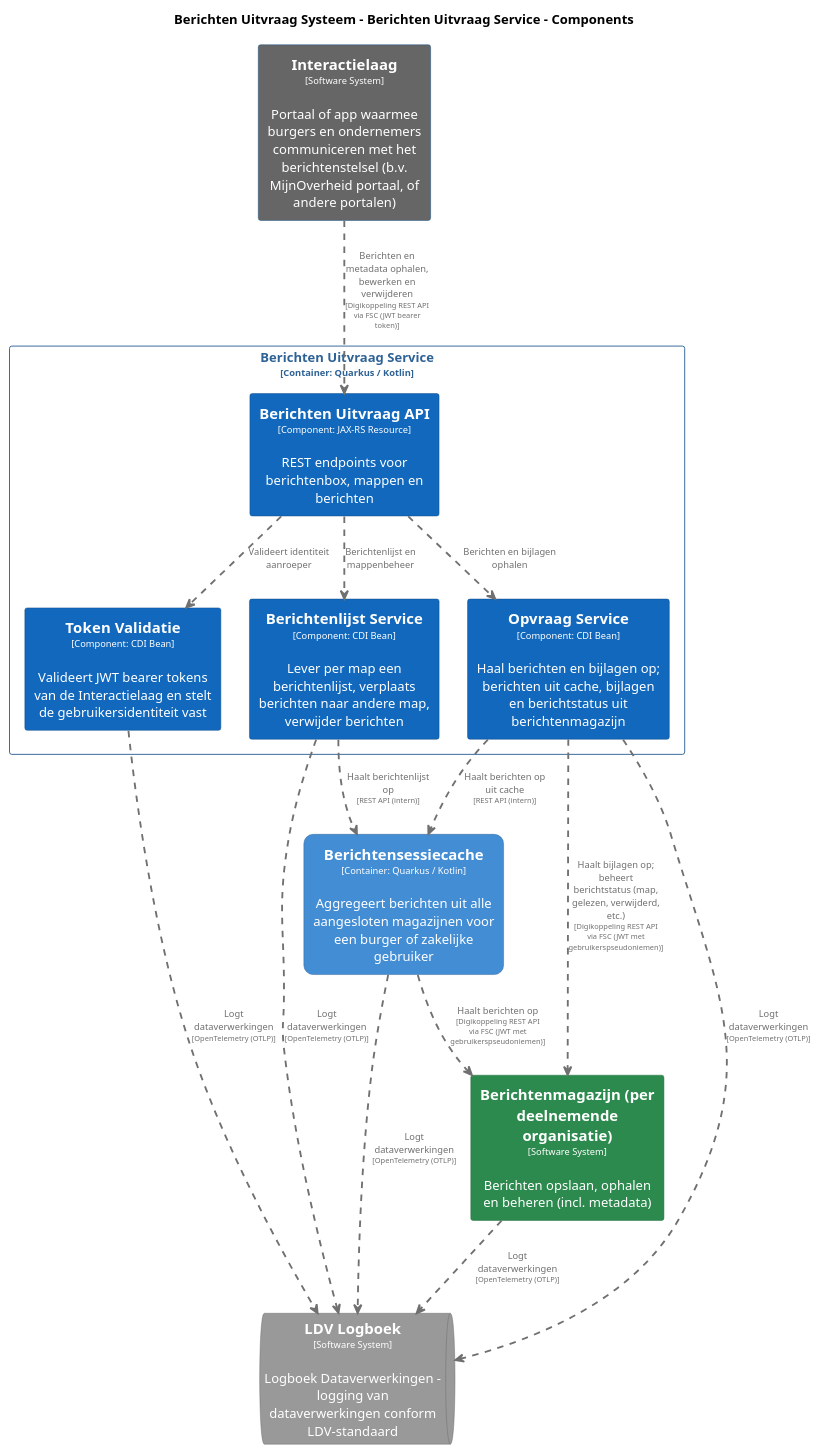
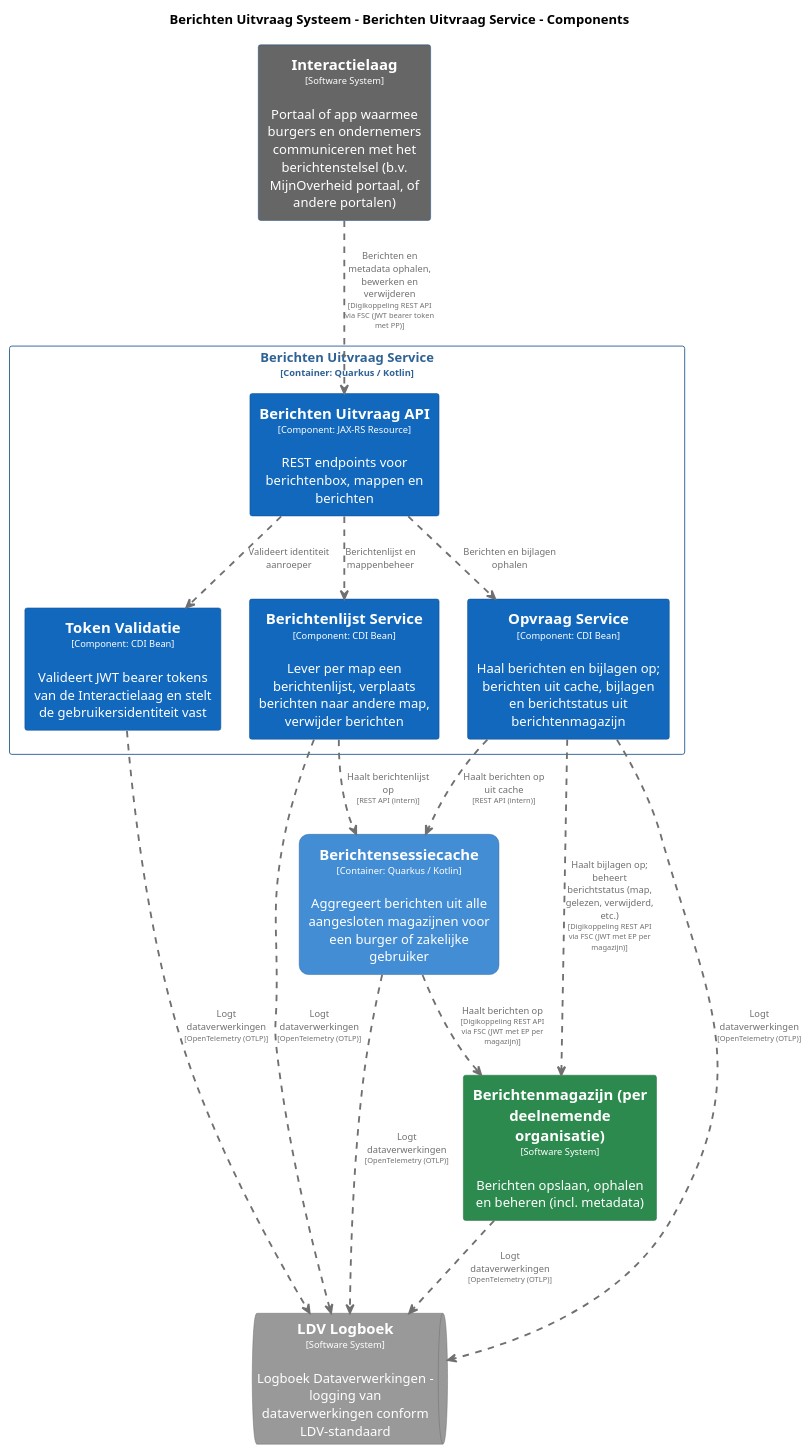
The diagram in pr-preview/pr-22/master/puml/BerichtenUitvraagServiceComponenten.puml (MinBZK/moza-poc-fbs-berichtenbox), drawn with PlantUML before and after one commit. The commit also changed 34 other files, not shown here.

```diff
--- a/pr-preview/pr-22/master/puml/BerichtenUitvraagServiceComponenten.puml
+++ b/pr-preview/pr-22/master/puml/BerichtenUitvraagServiceComponenten.puml
@@ -1,98 +1,98 @@
 @startuml
 set separator none
 title Berichten Uitvraag Systeem - Berichten Uitvraag Service - Components
 
 top to bottom direction
 skinparam ranksep 60
 skinparam nodesep 30
 
 skinparam {
   arrowFontSize 10
   defaultTextAlignment center
   wrapWidth 200
   maxMessageSize 100
 }
 
 hide stereotype
 
 skinparam rectangle<<BerichtenUitvraagSysteem.BerichtenUitvraagService.BerichtenUitvraagAPI>> {
   BackgroundColor #1168bd
   FontColor #ffffff
   BorderColor #0b4884
   shadowing false
 }
 skinparam rectangle<<BerichtenUitvraagSysteem.BerichtenUitvraagService.BerichtenlijstService>> {
   BackgroundColor #1168bd
   FontColor #ffffff
   BorderColor #0b4884
   shadowing false
 }
 skinparam rectangle<<Berichtenmagazijnperdeelnemendeorganisatie>> {
   BackgroundColor #2d8a4e
   FontColor #ffffff
   BorderColor #1e6b38
   shadowing false
 }
 skinparam rectangle<<BerichtenUitvraagSysteem.Berichtensessiecache>> {
   BackgroundColor #438dd5
   FontColor #ffffff
   BorderColor #2e6295
   roundCorner 20
   shadowing false
 }
 skinparam rectangle<<Interactielaag>> {
   BackgroundColor #666666
   FontColor #ffffff
   BorderColor #0b4884
   shadowing false
 }
 skinparam queue<<LDVLogboek>> {
   BackgroundColor #999999
   FontColor #ffffff
   BorderColor #6b6b6b
   shadowing false
 }
 skinparam rectangle<<BerichtenUitvraagSysteem.BerichtenUitvraagService.OpvraagService>> {
   BackgroundColor #1168bd
   FontColor #ffffff
   BorderColor #0b4884
   shadowing false
 }
 skinparam rectangle<<BerichtenUitvraagSysteem.BerichtenUitvraagService.TokenValidatie>> {
   BackgroundColor #1168bd
   FontColor #ffffff
   BorderColor #0b4884
   shadowing false
 }
 skinparam rectangle<<BerichtenUitvraagSysteem.BerichtenUitvraagService>> {
   BorderColor #2e6295
   FontColor #2e6295
   shadowing false
 }
 
 rectangle "==Interactielaag\n<size:10>[Software System]</size>\n\nPortaal of app waarmee burgers en ondernemers communiceren met het berichtenstelsel (b.v. MijnOverheid portaal, of andere portalen)" <<Interactielaag>> as Interactielaag
 rectangle "==Berichtenmagazijn (per deelnemende organisatie)\n<size:10>[Software System]</size>\n\nBerichten opslaan, ophalen en beheren (incl. metadata)" <<Berichtenmagazijnperdeelnemendeorganisatie>> as Berichtenmagazijnperdeelnemendeorganisatie
 rectangle "==Berichtensessiecache\n<size:10>[Container: Quarkus / Kotlin]</size>\n\nAggregeert berichten uit alle aangesloten magazijnen voor een burger of zakelijke gebruiker" <<BerichtenUitvraagSysteem.Berichtensessiecache>> as BerichtenUitvraagSysteem.Berichtensessiecache
 queue "==LDV Logboek\n<size:10>[Software System]</size>\n\nLogboek Dataverwerkingen - logging van dataverwerkingen conform LDV-standaard" <<LDVLogboek>> as LDVLogboek
 
 rectangle "Berichten Uitvraag Service\n<size:10>[Container: Quarkus / Kotlin]</size>" <<BerichtenUitvraagSysteem.BerichtenUitvraagService>> {
   rectangle "==Berichten Uitvraag API\n<size:10>[Component: JAX-RS Resource]</size>\n\nREST endpoints voor berichtenbox, mappen en berichten" <<BerichtenUitvraagSysteem.BerichtenUitvraagService.BerichtenUitvraagAPI>> as BerichtenUitvraagSysteem.BerichtenUitvraagService.BerichtenUitvraagAPI
   rectangle "==Token Validatie\n<size:10>[Component: CDI Bean]</size>\n\nValideert JWT bearer tokens van de Interactielaag en stelt de gebruikersidentiteit vast" <<BerichtenUitvraagSysteem.BerichtenUitvraagService.TokenValidatie>> as BerichtenUitvraagSysteem.BerichtenUitvraagService.TokenValidatie
   rectangle "==Berichtenlijst Service\n<size:10>[Component: CDI Bean]</size>\n\nLever per map een berichtenlijst, verplaats berichten naar andere map, verwijder berichten" <<BerichtenUitvraagSysteem.BerichtenUitvraagService.BerichtenlijstService>> as BerichtenUitvraagSysteem.BerichtenUitvraagService.BerichtenlijstService
   rectangle "==Opvraag Service\n<size:10>[Component: CDI Bean]</size>\n\nHaal berichten en bijlagen op; berichten uit cache, bijlagen en berichtstatus uit berichtenmagazijn" <<BerichtenUitvraagSysteem.BerichtenUitvraagService.OpvraagService>> as BerichtenUitvraagSysteem.BerichtenUitvraagService.OpvraagService
 }
 
-BerichtenUitvraagSysteem.Berichtensessiecache .[#707070,thickness=2].> Berichtenmagazijnperdeelnemendeorganisatie : "<color:#707070>Haalt berichten op\n<color:#707070><size:8>[Digikoppeling REST API via FSC (JWT met gebruikerspseudoniemen)]</size>"
+BerichtenUitvraagSysteem.Berichtensessiecache .[#707070,thickness=2].> Berichtenmagazijnperdeelnemendeorganisatie : "<color:#707070>Haalt berichten op\n<color:#707070><size:8>[Digikoppeling REST API via FSC (JWT met EP per magazijn)]</size>"
 Berichtenmagazijnperdeelnemendeorganisatie .[#707070,thickness=2].> LDVLogboek : "<color:#707070>Logt dataverwerkingen\n<color:#707070><size:8>[OpenTelemetry (OTLP)]</size>"
 BerichtenUitvraagSysteem.Berichtensessiecache .[#707070,thickness=2].> LDVLogboek : "<color:#707070>Logt dataverwerkingen\n<color:#707070><size:8>[OpenTelemetry (OTLP)]</size>"
 BerichtenUitvraagSysteem.BerichtenUitvraagService.TokenValidatie .[#707070,thickness=2].> LDVLogboek : "<color:#707070>Logt dataverwerkingen\n<color:#707070><size:8>[OpenTelemetry (OTLP)]</size>"
 BerichtenUitvraagSysteem.BerichtenUitvraagService.BerichtenlijstService .[#707070,thickness=2].> LDVLogboek : "<color:#707070>Logt dataverwerkingen\n<color:#707070><size:8>[OpenTelemetry (OTLP)]</size>"
 BerichtenUitvraagSysteem.BerichtenUitvraagService.OpvraagService .[#707070,thickness=2].> LDVLogboek : "<color:#707070>Logt dataverwerkingen\n<color:#707070><size:8>[OpenTelemetry (OTLP)]</size>"
 BerichtenUitvraagSysteem.BerichtenUitvraagService.BerichtenUitvraagAPI .[#707070,thickness=2].> BerichtenUitvraagSysteem.BerichtenUitvraagService.TokenValidatie : "<color:#707070>Valideert identiteit aanroeper"
 BerichtenUitvraagSysteem.BerichtenUitvraagService.BerichtenUitvraagAPI .[#707070,thickness=2].> BerichtenUitvraagSysteem.BerichtenUitvraagService.BerichtenlijstService : "<color:#707070>Berichtenlijst en mappenbeheer"
 BerichtenUitvraagSysteem.BerichtenUitvraagService.BerichtenUitvraagAPI .[#707070,thickness=2].> BerichtenUitvraagSysteem.BerichtenUitvraagService.OpvraagService : "<color:#707070>Berichten en bijlagen ophalen"
 BerichtenUitvraagSysteem.BerichtenUitvraagService.OpvraagService .[#707070,thickness=2].> BerichtenUitvraagSysteem.Berichtensessiecache : "<color:#707070>Haalt berichten op uit cache\n<color:#707070><size:8>[REST API (intern)]</size>"
 BerichtenUitvraagSysteem.BerichtenUitvraagService.BerichtenlijstService .[#707070,thickness=2].> BerichtenUitvraagSysteem.Berichtensessiecache : "<color:#707070>Haalt berichtenlijst op\n<color:#707070><size:8>[REST API (intern)]</size>"
-Interactielaag .[#707070,thickness=2].> BerichtenUitvraagSysteem.BerichtenUitvraagService.BerichtenUitvraagAPI : "<color:#707070>Berichten en metadata ophalen, bewerken en verwijderen\n<color:#707070><size:8>[Digikoppeling REST API via FSC (JWT bearer token)]</size>"
-BerichtenUitvraagSysteem.BerichtenUitvraagService.OpvraagService .[#707070,thickness=2].> Berichtenmagazijnperdeelnemendeorganisatie : "<color:#707070>Haalt bijlagen op; beheert berichtstatus (map, gelezen, verwijderd, etc.)\n<color:#707070><size:8>[Digikoppeling REST API via FSC (JWT met gebruikerspseudoniemen)]</size>"
+Interactielaag .[#707070,thickness=2].> BerichtenUitvraagSysteem.BerichtenUitvraagService.BerichtenUitvraagAPI : "<color:#707070>Berichten en metadata ophalen, bewerken en verwijderen\n<color:#707070><size:8>[Digikoppeling REST API via FSC (JWT bearer token met PP)]</size>"
+BerichtenUitvraagSysteem.BerichtenUitvraagService.OpvraagService .[#707070,thickness=2].> Berichtenmagazijnperdeelnemendeorganisatie : "<color:#707070>Haalt bijlagen op; beheert berichtstatus (map, gelezen, verwijderd, etc.)\n<color:#707070><size:8>[Digikoppeling REST API via FSC (JWT met EP per magazijn)]</size>"
 @enduml
```
